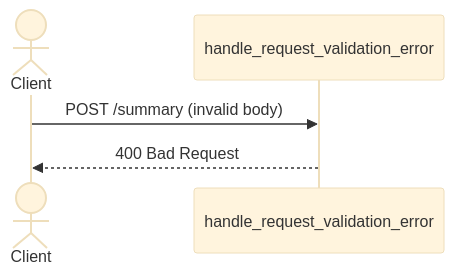
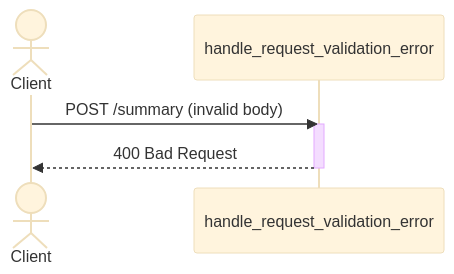
Before and after one commit to Software-Sluggers/CS361-Data-Summary-Service: the second of 2 diagrams in README.md, drawn with Mermaid (base theme). The commit also changed other lines of this file, not shown here.

Commit message:
Added activation/deactivation to sequence diagrams

````diff
--- a/README.md
+++ b/README.md
@@ -104,8 +108,10 @@
 ```mermaid
 sequenceDiagram
     actor Client
     participant handle_request_validation_error
 
     Client->>handle_request_validation_error: POST /summary (invalid body)
+    activate handle_request_validation_error
     handle_request_validation_error-->>Client: 400 Bad Request
+    deactivate handle_request_validation_error
 ```
````
